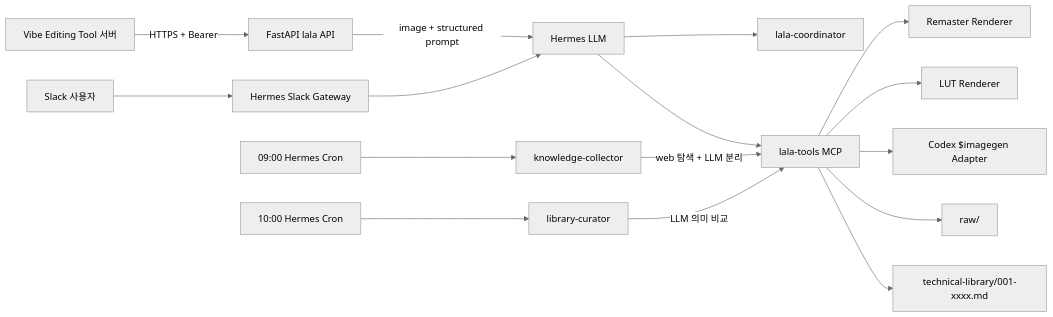
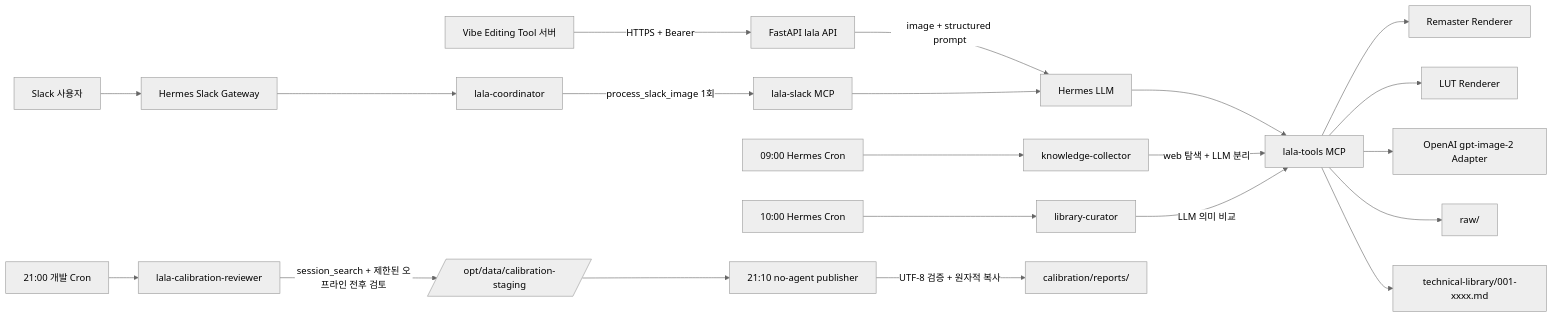
Before and after one commit to okdoggy/Learnable-Agent: the diagram in docs/design-and-implementation-plan.md, drawn with Mermaid (neutral theme). The commit also changed other lines of this file and 57 other files, not shown here.

Commit message:
feat: harden Slack image editing workflow

````diff
--- a/docs/design-and-implementation-plan.md
+++ b/docs/design-and-implementation-plan.md
@@ -81,21 +86,27 @@
 ```mermaid
 flowchart LR
     V[Vibe Editing Tool 서버] -->|HTTPS + Bearer| A[FastAPI lala API]
     A -->|image + structured prompt| H[Hermes LLM]
     S[Slack 사용자] --> G[Hermes Slack Gateway]
-    G --> H
+    G --> C[lala-coordinator]
+    C -->|process_slack_image 1회| SM[lala-slack MCP]
+    SM --> H
 
-    H --> C[lala-coordinator]
     H --> M[lala-tools MCP]
     M --> R[Remaster Renderer]
     M --> L[LUT Renderer]
-    M --> I[Codex $imagegen Adapter]
+    M --> I[OpenAI gpt-image-2 Adapter]
 
     CR9[09:00 Hermes Cron] --> KC[knowledge-collector]
     KC -->|web 탐색 + LLM 분리| M
     M --> RAW[raw/]
 
     CR10[10:00 Hermes Cron] --> LC[library-curator]
     LC -->|LLM 의미 비교| M
     M --> TL[technical-library/001-xxxx.md]
+
+    CR21[21:00 개발 Cron] --> CAL[lala-calibration-reviewer]
+    CAL -->|session_search + 제한된 오프라인 전후 검토| STAGE[/opt/data/calibration-staging/]
+    PUB21[21:10 no-agent publisher] -->|UTF-8 검증 + 원자적 복사| REP[calibration/reports/]
+    STAGE --> PUB21
 ```
````
